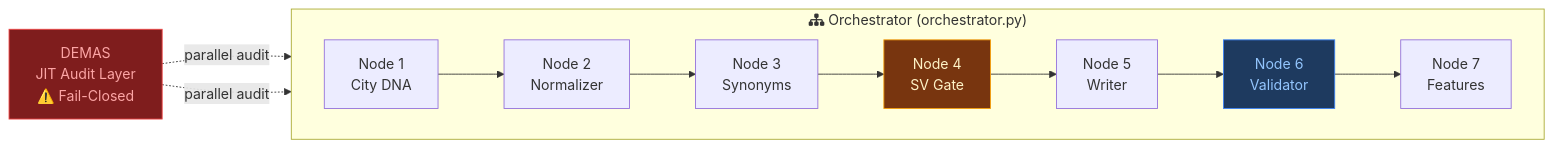
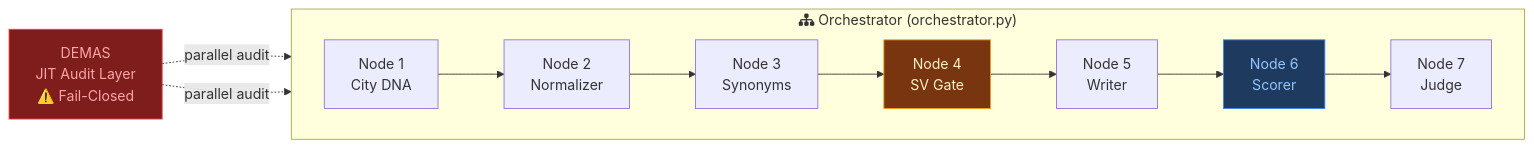
The diagram in README.md (Manzela/pipeline-observatory), drawn with Mermaid before and after one commit. The commit also changed other lines of this file and 2 other files, not shown here.

````diff
--- a/README.md
+++ b/README.md
@@ -30,22 +30,22 @@
 ```mermaid
 graph LR
     subgraph Orchestrator["fa:fa-sitemap Orchestrator (orchestrator.py)"]
         direction LR
         N1[Node 1<br/>City DNA]
         N2[Node 2<br/>Normalizer]
         N3[Node 3<br/>Synonyms]
         N4[Node 4<br/>SV Gate]
         N5[Node 5<br/>Writer]
-        N6[Node 6<br/>Validator]
-        N7[Node 7<br/>Features]
+        N6[Node 6<br/>Scorer]
+        N7[Node 7<br/>Judge]
     end
 
     N1 --> N2 --> N3 --> N4 --> N5 --> N6 --> N7
 
     DEMAS[DEMAS<br/>JIT Audit Layer<br/>⚠️ Fail-Closed]
     DEMAS -.->|parallel audit| N2 & N5
     
     style N4 fill:#78350f,stroke:#f59e0b,color:#fef3c7
     style DEMAS fill:#7f1d1d,stroke:#ef4444,color:#fca5a5
     style N6 fill:#1e3a5f,stroke:#3b82f6,color:#93c5fd
 ```
````
